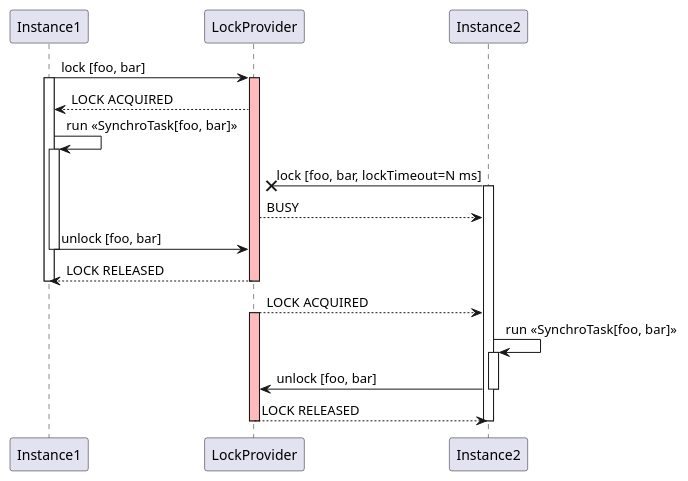
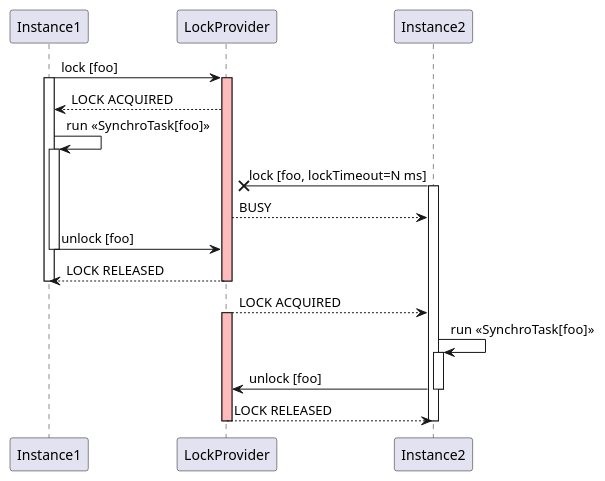
One commit to vg2902/synchro-task changed the diagram in doc/LockTimeout.puml. Above: the diagram before and after it, drawn with PlantUML. The commit also changed 33 other files, not shown here.

```diff
--- a/doc/LockTimeout.puml
+++ b/doc/LockTimeout.puml
@@ -1,24 +1,24 @@
 @startuml
 
-Instance1 -> LockProvider ++ #FFBBBB : lock [foo, bar]
+Instance1 -> LockProvider ++ #FFBBBB : lock [foo]
 activate Instance1
 LockProvider --> Instance1 : LOCK ACQUIRED
-Instance1 -> Instance1 ++: run <<SynchroTask[foo, bar]>>
+Instance1 -> Instance1 ++: run <<SynchroTask[foo]>>
 
-Instance2 ->x LockProvider: lock [foo, bar, lockTimeout=N ms]
+Instance2 ->x LockProvider: lock [foo, lockTimeout=N ms]
 activate Instance2
 LockProvider --> Instance2 : BUSY
 
-Instance1 -> LockProvider -- : unlock [foo, bar]
+Instance1 -> LockProvider -- : unlock [foo]
 LockProvider --> Instance1 -- : LOCK RELEASED
 deactivate Instance1
 
 LockProvider --> Instance2 : LOCK ACQUIRED
 activate LockProvider #FFBBBB
-Instance2 -> Instance2: run <<SynchroTask[foo, bar]>>
+Instance2 -> Instance2: run <<SynchroTask[foo]>>
 activate Instance2
-Instance2 -> LockProvider -- : unlock [foo, bar]
+Instance2 -> LockProvider -- : unlock [foo]
 LockProvider --> Instance2 -- : LOCK RELEASED
 deactivate Instance2
 
 @enduml
```
